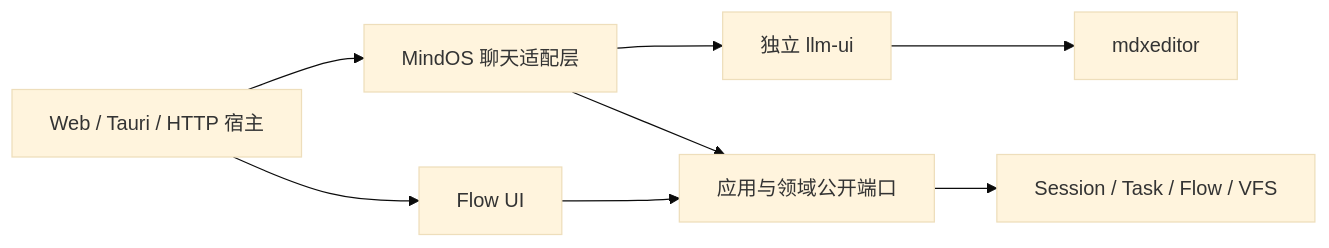
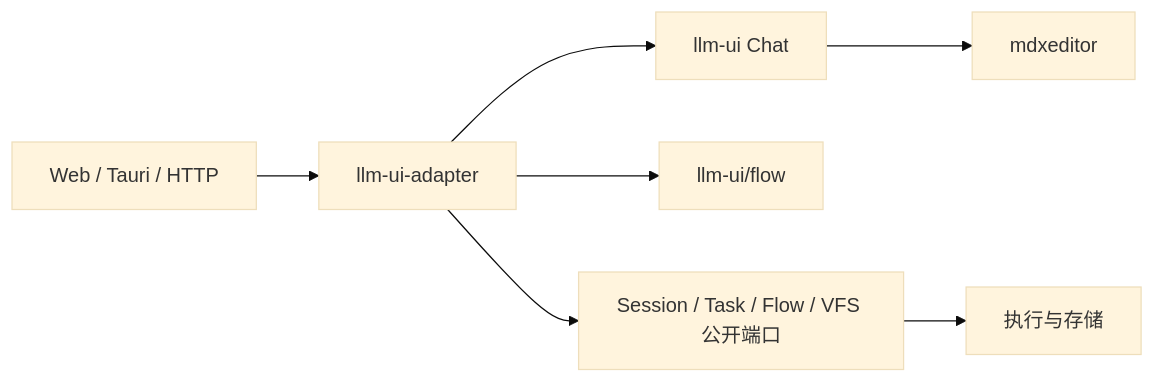
Before and after one commit to mushuanli/NestOS: the diagram in doc/design/llm-ui-independent-module.md, drawn with Mermaid (base theme). The commit also changed other lines of this file and 339 other files, not shown here.

Commit message:
refactor(llm-ui): separate standalone views from MindOS adapters

````diff
--- a/doc/design/llm-ui-independent-module.md
+++ b/doc/design/llm-ui-independent-module.md
@@ -28,10 +11,9 @@
 ```mermaid
 flowchart LR
-    App[Web / Tauri / HTTP 宿主] --> Adapter[MindOS 聊天适配层]
-    Adapter --> UI[独立 llm-ui]
+    App[Web / Tauri / HTTP] --> Adapter[llm-ui-adapter]
+    Adapter --> UI[llm-ui Chat]
+    Adapter --> Flow[llm-ui/flow]
     UI --> MDX[mdxeditor]
-    Adapter --> Ports[应用与领域公开端口]
-    App --> Flow[Flow UI]
-    Flow --> Ports
-    Ports --> Backend[Session / Task / Flow / VFS]
+    Adapter --> Ports[Session / Task / Flow / VFS 公开端口]
+    Ports --> Backend[执行与存储]
 ```
````
